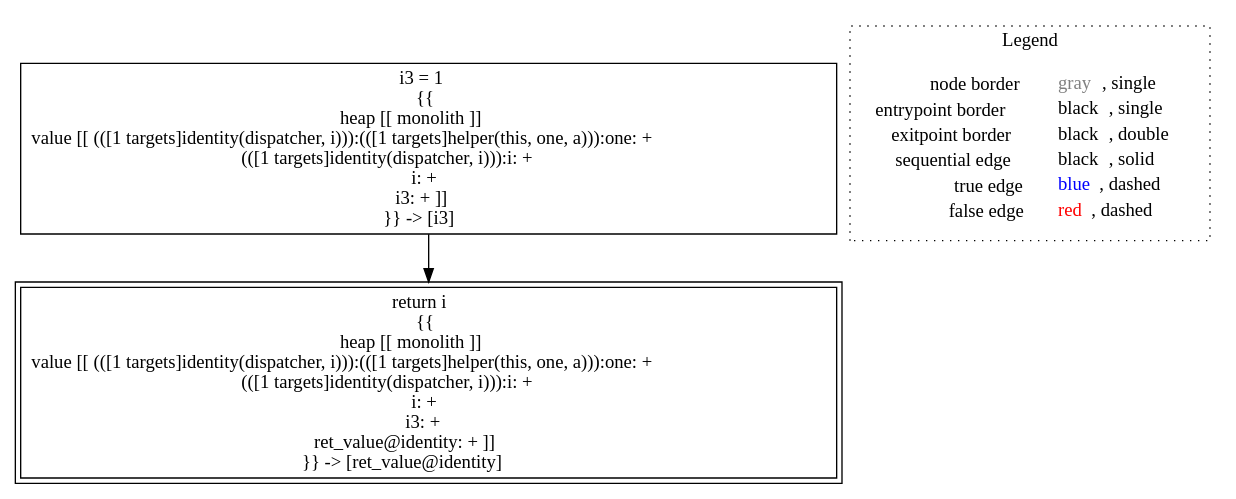
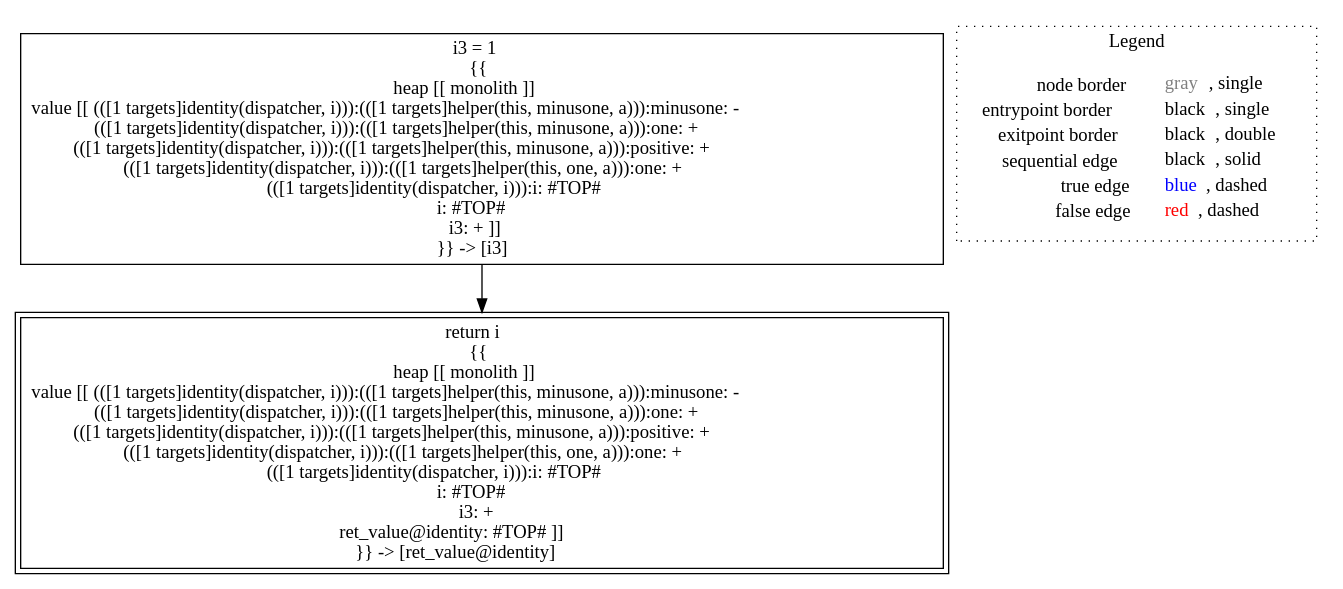
One commit to lisa-analyzer/lisa changed the diagram in lisa/imp-testcases/interprocedural/RTAContextSensitive3/analysis___-719096480_untyped_A.identity(A_this,_untyped_i).dot. Above: the diagram before and after it, drawn with Graphviz. The commit also changed 4 other files, not shown here.

```diff
--- a/lisa/imp-testcases/interprocedural/RTAContextSensitive3/analysis___-719096480_untyped_A.identity(A_this,_untyped_i).dot
+++ b/lisa/imp-testcases/interprocedural/RTAContextSensitive3/analysis___-719096480_untyped_A.identity(A_this,_untyped_i).dot
@@ -1,12 +1,12 @@
 digraph {
-	"node0" [shape="rect",color="black",label=<i3 = 1<BR/>{{<BR/>heap [[ monolith ]]<BR/>value [[ (([1 targets]identity(dispatcher, i))):(([1 targets]helper(this, one, a))):one: +<BR/>(([1 targets]identity(dispatcher, i))):i: +<BR/>i: +<BR/>i3: + ]]<BR/>}} -&gt; [i3]>];
-	"node1" [shape="rect",color="black",peripheries="2",label=<return i<BR/>{{<BR/>heap [[ monolith ]]<BR/>value [[ (([1 targets]identity(dispatcher, i))):(([1 targets]helper(this, one, a))):one: +<BR/>(([1 targets]identity(dispatcher, i))):i: +<BR/>i: +<BR/>i3: +<BR/>ret_value@identity: + ]]<BR/>}} -&gt; [ret_value@identity]>];
+	"node0" [shape="rect",color="black",label=<i3 = 1<BR/>{{<BR/>heap [[ monolith ]]<BR/>value [[ (([1 targets]identity(dispatcher, i))):(([1 targets]helper(this, minusone, a))):minusone: -<BR/>(([1 targets]identity(dispatcher, i))):(([1 targets]helper(this, minusone, a))):one: +<BR/>(([1 targets]identity(dispatcher, i))):(([1 targets]helper(this, minusone, a))):positive: +<BR/>(([1 targets]identity(dispatcher, i))):(([1 targets]helper(this, one, a))):one: +<BR/>(([1 targets]identity(dispatcher, i))):i: #TOP#<BR/>i: #TOP#<BR/>i3: + ]]<BR/>}} -&gt; [i3]>];
+	"node1" [shape="rect",color="black",peripheries="2",label=<return i<BR/>{{<BR/>heap [[ monolith ]]<BR/>value [[ (([1 targets]identity(dispatcher, i))):(([1 targets]helper(this, minusone, a))):minusone: -<BR/>(([1 targets]identity(dispatcher, i))):(([1 targets]helper(this, minusone, a))):one: +<BR/>(([1 targets]identity(dispatcher, i))):(([1 targets]helper(this, minusone, a))):positive: +<BR/>(([1 targets]identity(dispatcher, i))):(([1 targets]helper(this, one, a))):one: +<BR/>(([1 targets]identity(dispatcher, i))):i: #TOP#<BR/>i: #TOP#<BR/>i3: +<BR/>ret_value@identity: #TOP# ]]<BR/>}} -&gt; [ret_value@identity]>];
 	"node0" -> "node1" [color="black"];
 subgraph cluster_legend {
 	label="Legend";
 	style=dotted;
 	node [shape=plaintext];
 	"legend" [label=<<table border="0" cellpadding="2" cellspacing="0" cellborder="0"><tr><td align="right">node border&nbsp;</td><td align="left"><font color="gray">gray</font>, single</td></tr><tr><td align="right">entrypoint border&nbsp;</td><td align="left"><font color="black">black</font>, single</td></tr><tr><td align="right">exitpoint border&nbsp;</td><td align="left"><font color="black">black</font>, double</td></tr><tr><td align="right">sequential edge&nbsp;</td><td align="left"><font color="black">black</font>, solid</td></tr><tr><td align="right">true edge&nbsp;</td><td align="left"><font color="blue">blue</font>, dashed</td></tr><tr><td align="right">false edge&nbsp;</td><td align="left"><font color="red">red</font>, dashed</td></tr></table>>];
 }
 
 }
```
